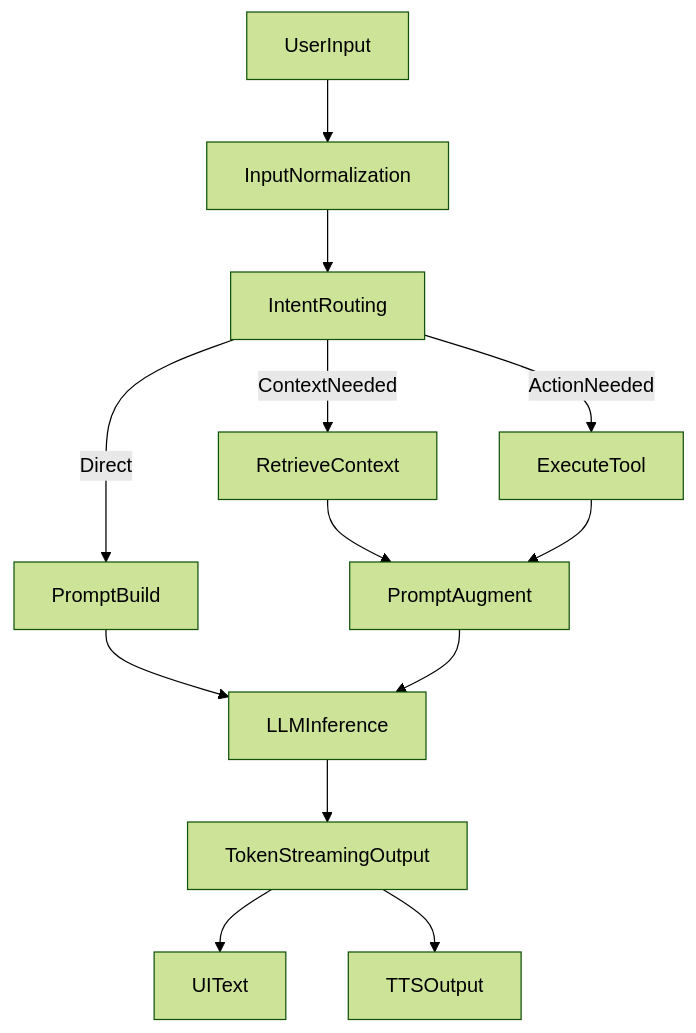
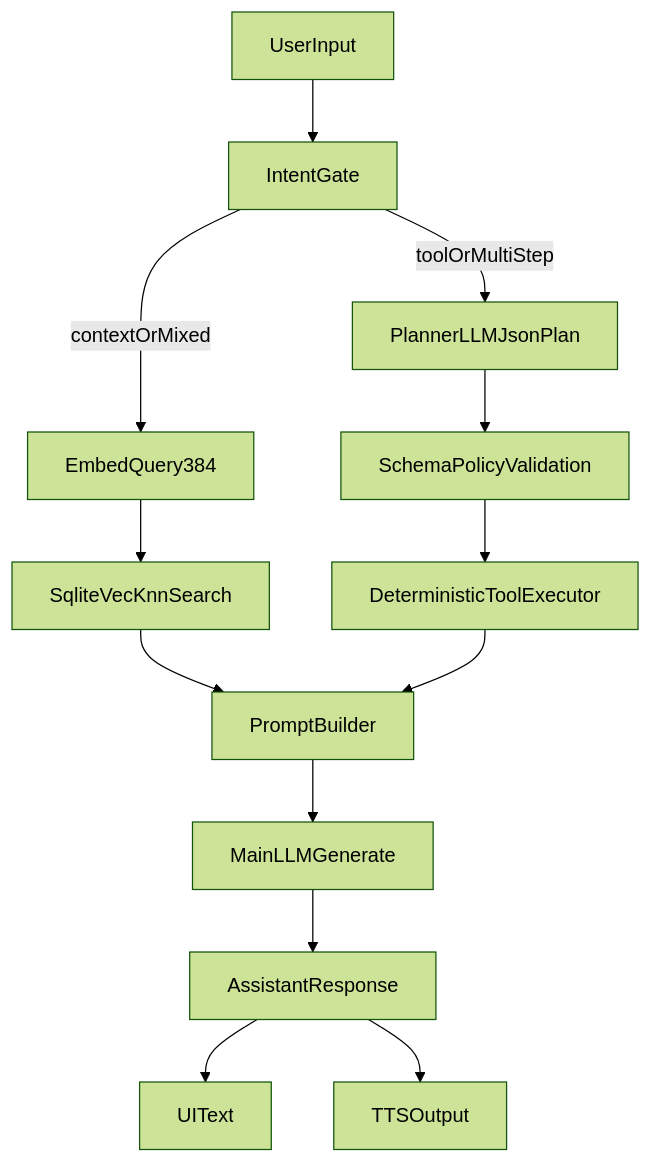
The diagram in docs/architecture/input-and-tooling-flow.md (KingPegasus/OfflineMate), drawn with Mermaid (forest theme) before and after one commit. The commit also changed other lines of this file and 69 other files, not shown here.

````diff
--- a/docs/architecture/input-and-tooling-flow.md
+++ b/docs/architecture/input-and-tooling-flow.md
@@ -7,15 +7,15 @@
 ```mermaid
 flowchart TD
-    userInput[UserInput] --> inputNorm[InputNormalization]
-    inputNorm --> intentRoute[IntentRouting]
-    intentRoute -->|Direct| promptBase[PromptBuild]
-    intentRoute -->|ContextNeeded| retrieveCtx[RetrieveContext]
-    intentRoute -->|ActionNeeded| executeTool[ExecuteTool]
-    retrieveCtx --> promptAug[PromptAugment]
-    executeTool --> promptAug
-    promptBase --> inferLLM[LLMInference]
-    promptAug --> inferLLM
-    inferLLM --> streamOut[TokenStreamingOutput]
-    streamOut --> uiText[UIText]
-    streamOut --> ttsOut[TTSOutput]
+    userInput[UserInput] --> intentGate[IntentGate]
+    intentGate -->|contextOrMixed| embedQuery[EmbedQuery384]
+    embedQuery --> vecKnn[SqliteVecKnnSearch]
+    vecKnn --> promptBuild[PromptBuilder]
+    intentGate -->|toolOrMultiStep| planner[PlannerLLMJsonPlan]
+    planner --> validate[SchemaPolicyValidation]
+    validate --> executor[DeterministicToolExecutor]
+    executor --> promptBuild
+    promptBuild --> mainLlm[MainLLMGenerate]
+    mainLlm --> response[AssistantResponse]
+    response --> uiText[UIText]
+    response --> ttsOut[TTSOutput]
 ```
````
